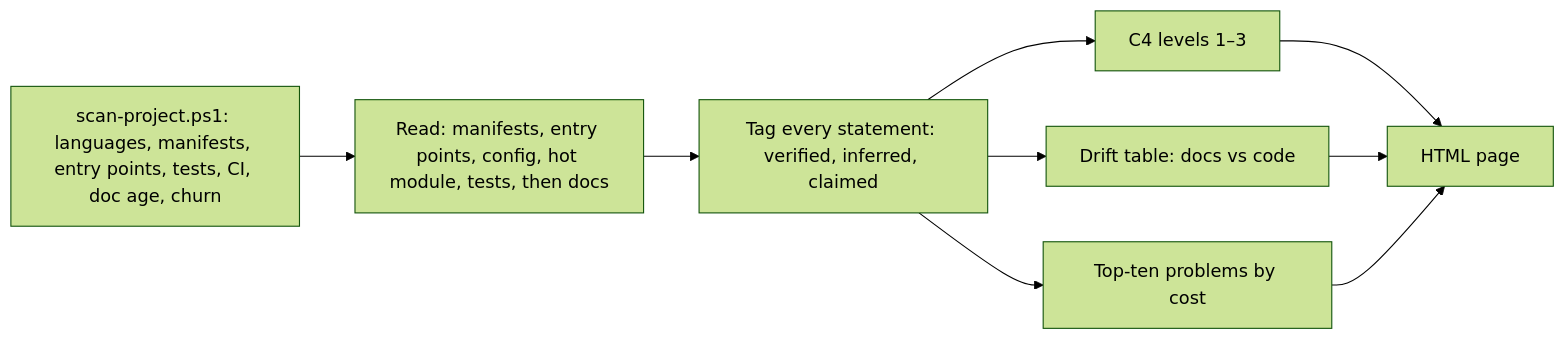
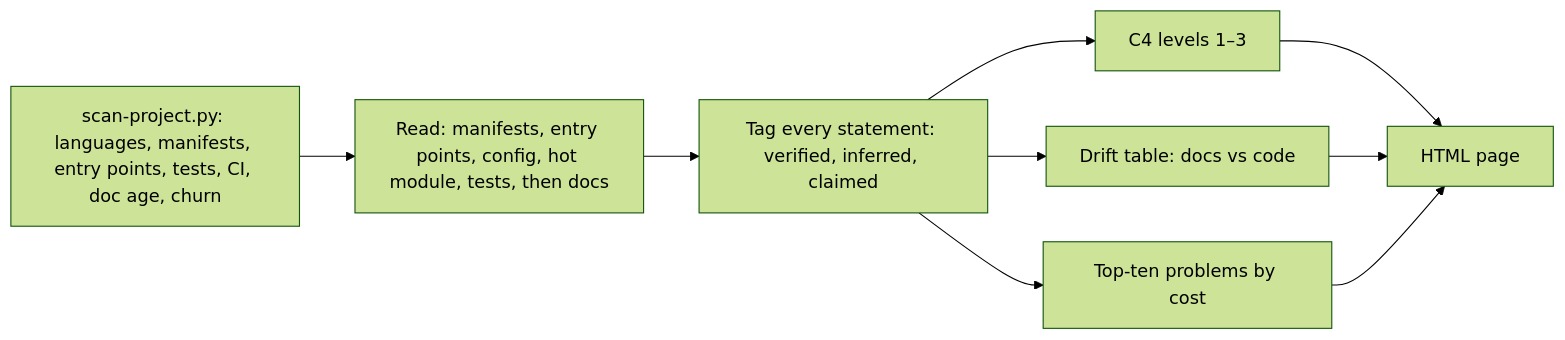
The diagram in skills/actions/an-dr-project-write-overview/README.md (an-dr/agents), drawn with Mermaid (forest theme) before and after one commit. The commit also changed 426 other files, not shown here.

````diff
--- a/skills/actions/an-dr-project-write-overview/README.md
+++ b/skills/actions/an-dr-project-write-overview/README.md
@@ -11,11 +11,11 @@
 ```mermaid
 flowchart LR
-  S[scan-project.ps1: languages, manifests, entry points, tests, CI, doc age, churn] --> R[Read: manifests, entry points, config, hot module, tests, then docs]
+  S[scan-project.py: languages, manifests, entry points, tests, CI, doc age, churn] --> R[Read: manifests, entry points, config, hot module, tests, then docs]
   R --> T[Tag every statement: verified, inferred, claimed]
   T --> C[C4 levels 1–3]
   T --> D[Drift table: docs vs code]
   T --> P[Top-ten problems by cost]
   C --> H[HTML page]
   D --> H
   P --> H
 ```
````
